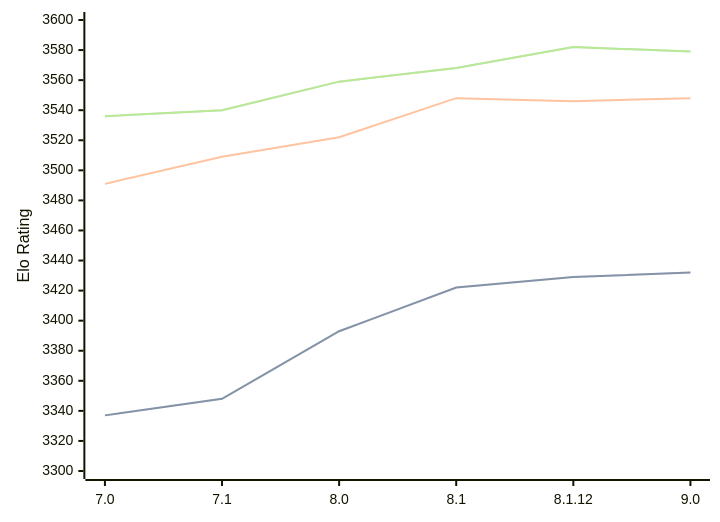
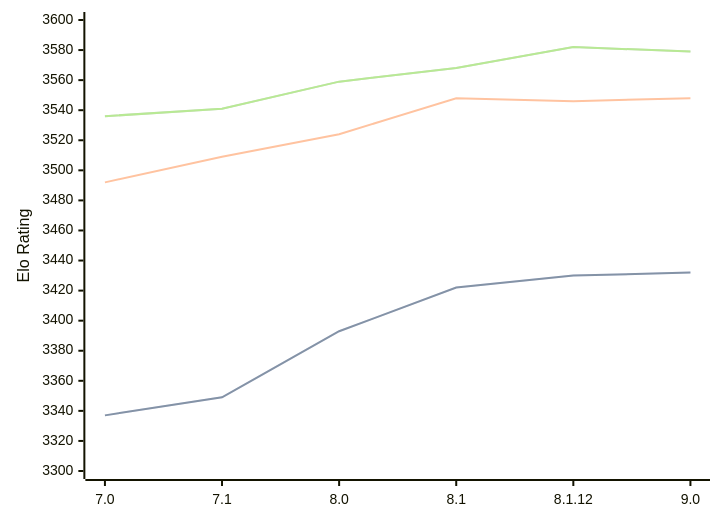
The diagram in engines/Alexandria.md (computer-chess-index/cci), drawn with Mermaid before and after one commit. The commit also changed other lines of this file, not shown here.

Commit message:
Update CCI Ratings (ELO VLTC) - 2026-09-02

````diff
--- a/engines/Alexandria.md
+++ b/engines/Alexandria.md
@@ -36,11 +36,11 @@
 ```mermaid
 %%{init: {"theme":"base","themeVariables":{"seriesColors:['#a3a3a3','#222221','#faa371']}}}%%
 xychart-beta
   x-axis ["7.0", "7.1", "8.0", "8.1", "8.1.12", "9.0"]
   y-axis "Elo Rating" 3300 --> 3600
-  line "" [3337, 3348, 3393, 3422, 3429, 3432]
-  line "STC (8.0+0.08s)" [3337, 3348, 3393, 3422, 3429, 3432]
-  line "LTC (60.0+0.60s)" [3491, 3509, 3522, 3548, 3546, 3548]
-  line "" [3536, 3540, 3559, 3568, 3582, 3579]
-  line "VLTC (2m24s+1.12s)" [3536, 3540, 3559, 3568, 3582, 3579]
+  line "" [3337, 3349, 3393, 3422, 3430, 3432]
+  line "STC (8.0+0.08s)" [3337, 3349, 3393, 3422, 3430, 3432]
+  line "LTC (60.0+0.60s)" [3492, 3509, 3524, 3548, 3546, 3548]
+  line "" [3536, 3541, 3559, 3568, 3582, 3579]
+  line "VLTC (2m24s+1.12s)" [3536, 3541, 3559, 3568, 3582, 3579]
 ```
````
